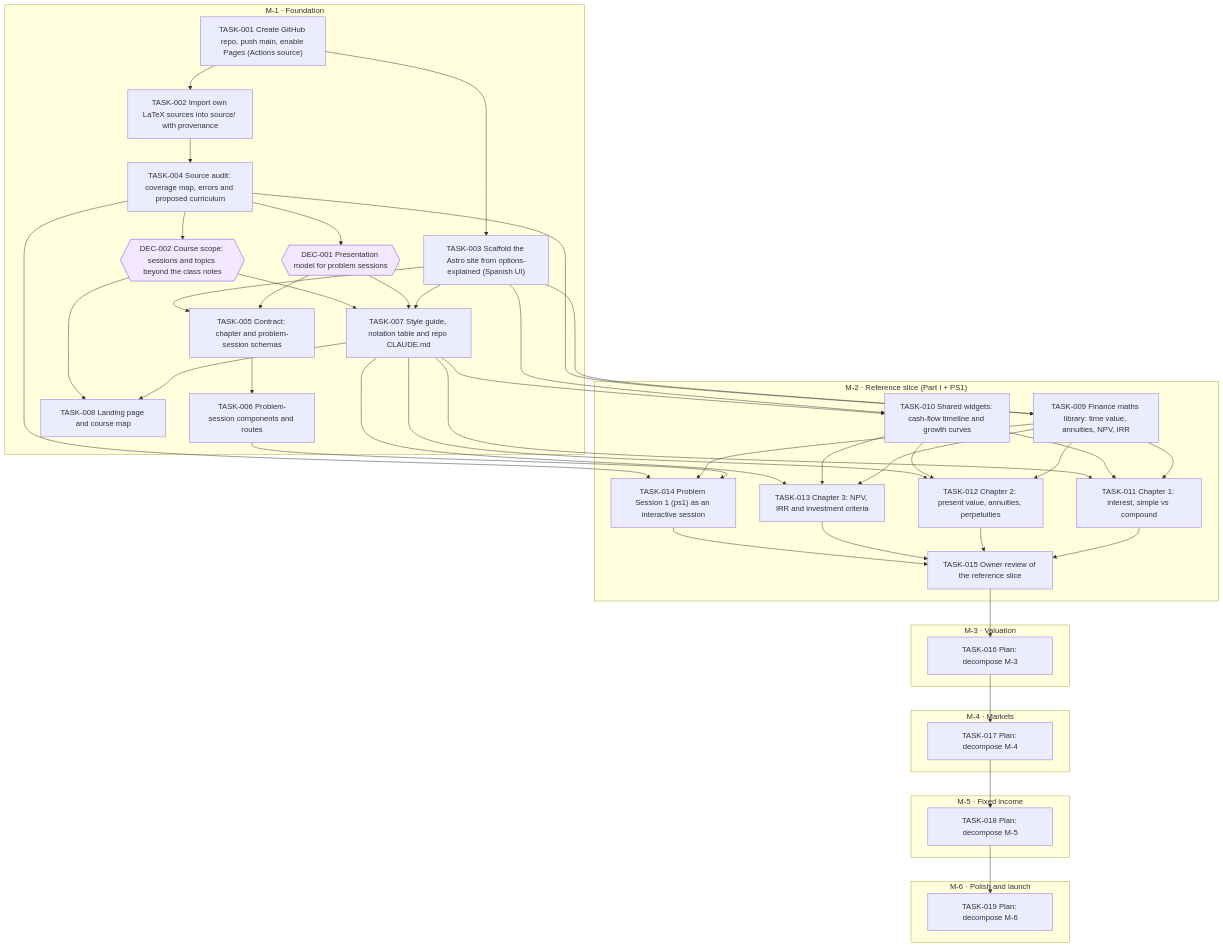
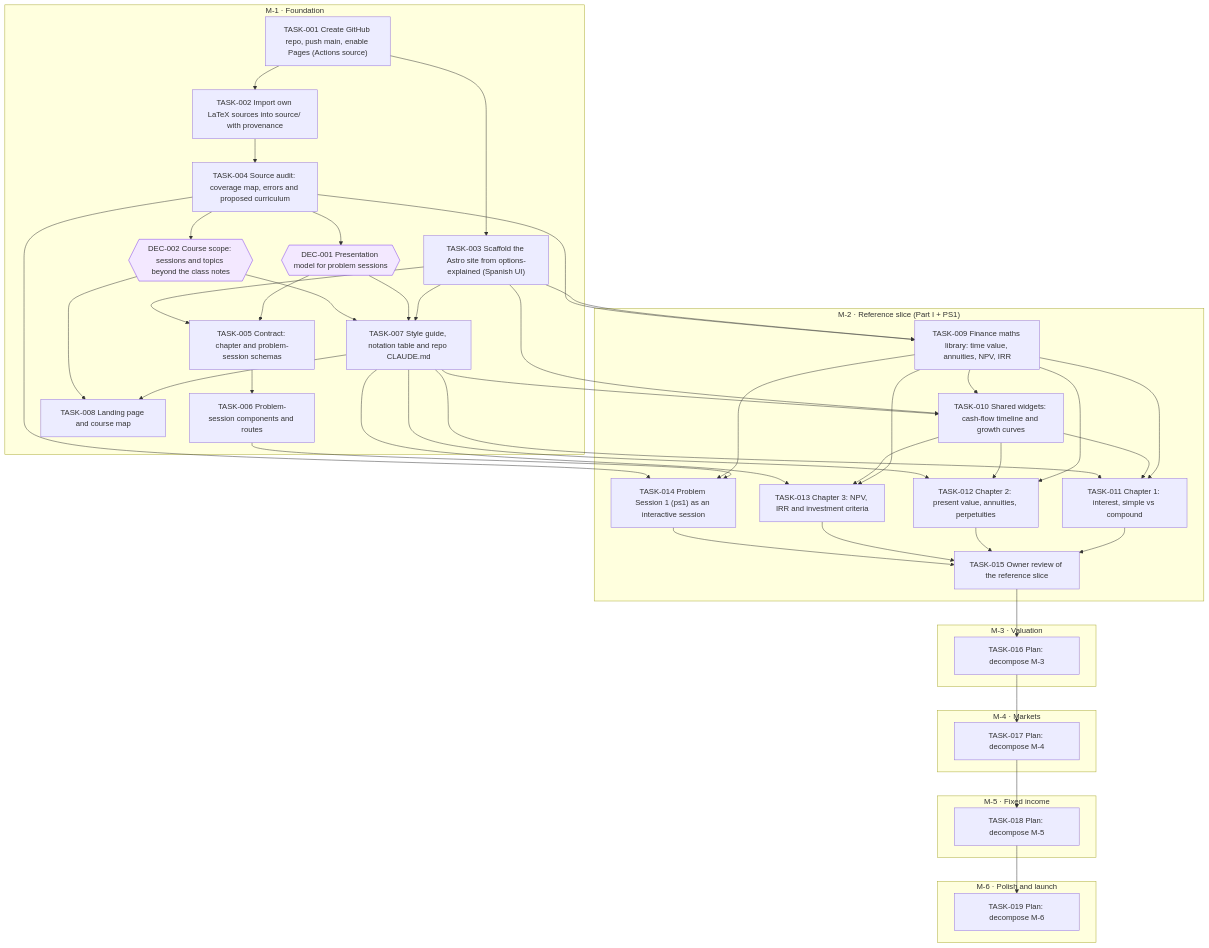
The diagram in goals/course-site/README.md (jesusvillota/economia-financiera), drawn with Mermaid before and after one commit. The commit also changed 1 other file, not shown here.

Commit message:
goal(course-site): link TASK-010 after TASK-009

````diff
--- a/goals/course-site/README.md
+++ b/goals/course-site/README.md
@@ -19,78 +19,79 @@
 ```mermaid
 flowchart TD
   subgraph M_1["M-1 · Foundation"]
     DEC_001{{"DEC-001 Presentation model for problem sessions"}}
     DEC_002{{"DEC-002 Course scope: sessions and topics beyond the class notes"}}
     TASK_001["TASK-001 Create GitHub repo, push main, enable Pages (Actions source)"]
     TASK_002["TASK-002 Import own LaTeX sources into source/ with provenance"]
     TASK_003["TASK-003 Scaffold the Astro site from options-explained (Spanish UI)"]
     TASK_004["TASK-004 Source audit: coverage map, errors and proposed curriculum"]
     TASK_005["TASK-005 Contract: chapter and problem-session schemas"]
     TASK_006["TASK-006 Problem-session components and routes"]
     TASK_007["TASK-007 Style guide, notation table and repo CLAUDE.md"]
     TASK_008["TASK-008 Landing page and course map"]
   end
   subgraph M_2["M-2 · Reference slice (Part I + PS1)"]
     TASK_009["TASK-009 Finance maths library: time value, annuities, NPV, IRR"]
     TASK_010["TASK-010 Shared widgets: cash-flow timeline and growth curves"]
     TASK_011["TASK-011 Chapter 1: interest, simple vs compound"]
     TASK_012["TASK-012 Chapter 2: present value, annuities, perpetuities"]
     TASK_013["TASK-013 Chapter 3: NPV, IRR and investment criteria"]
     TASK_014["TASK-014 Problem Session 1 (ps1) as an interactive session"]
     TASK_015["TASK-015 Owner review of the reference slice"]
   end
   subgraph M_3["M-3 · Valuation"]
     TASK_016["TASK-016 Plan: decompose M-3"]
   end
   subgraph M_4["M-4 · Markets"]
     TASK_017["TASK-017 Plan: decompose M-4"]
   end
   subgraph M_5["M-5 · Fixed income"]
     TASK_018["TASK-018 Plan: decompose M-5"]
   end
   subgraph M_6["M-6 · Polish and launch"]
     TASK_019["TASK-019 Plan: decompose M-6"]
   end
   TASK_004 --> DEC_001
   TASK_004 --> DEC_002
   TASK_001 --> TASK_002
   TASK_001 --> TASK_003
   TASK_002 --> TASK_004
   DEC_001 --> TASK_005
   TASK_003 --> TASK_005
   TASK_005 --> TASK_006
   TASK_003 --> TASK_007
   DEC_001 --> TASK_007
   DEC_002 --> TASK_007
   TASK_007 --> TASK_008
   DEC_002 --> TASK_008
   TASK_003 --> TASK_009
   TASK_004 --> TASK_009
   TASK_003 --> TASK_010
   TASK_007 --> TASK_010
+  TASK_009 --> TASK_010
   TASK_009 --> TASK_011
   TASK_010 --> TASK_011
   TASK_007 --> TASK_011
   TASK_009 --> TASK_012
   TASK_010 --> TASK_012
   TASK_007 --> TASK_012
   TASK_009 --> TASK_013
   TASK_010 --> TASK_013
   TASK_007 --> TASK_013
   TASK_006 --> TASK_014
   TASK_009 --> TASK_014
   TASK_004 --> TASK_014
   TASK_011 --> TASK_015
   TASK_012 --> TASK_015
   TASK_013 --> TASK_015
   TASK_014 --> TASK_015
   TASK_015 --> TASK_016
   TASK_016 --> TASK_017
   TASK_017 --> TASK_018
   TASK_018 --> TASK_019
   classDef draft stroke-dasharray: 4 3
   classDef cancelled opacity:0.45
   classDef decision fill:#f3e8ff,stroke:#7c3aed
   class DEC_001 decision
   class DEC_002 decision
 ```
````
